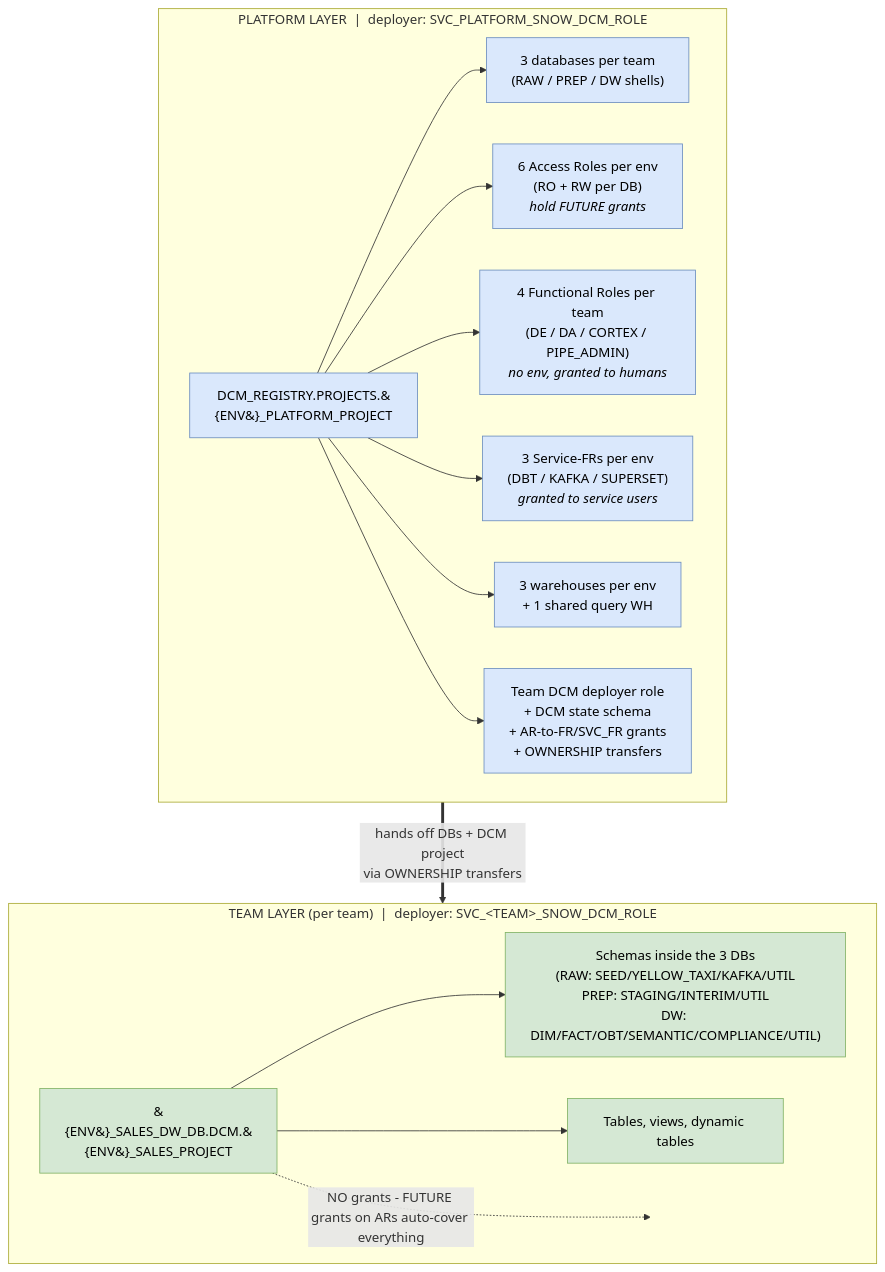
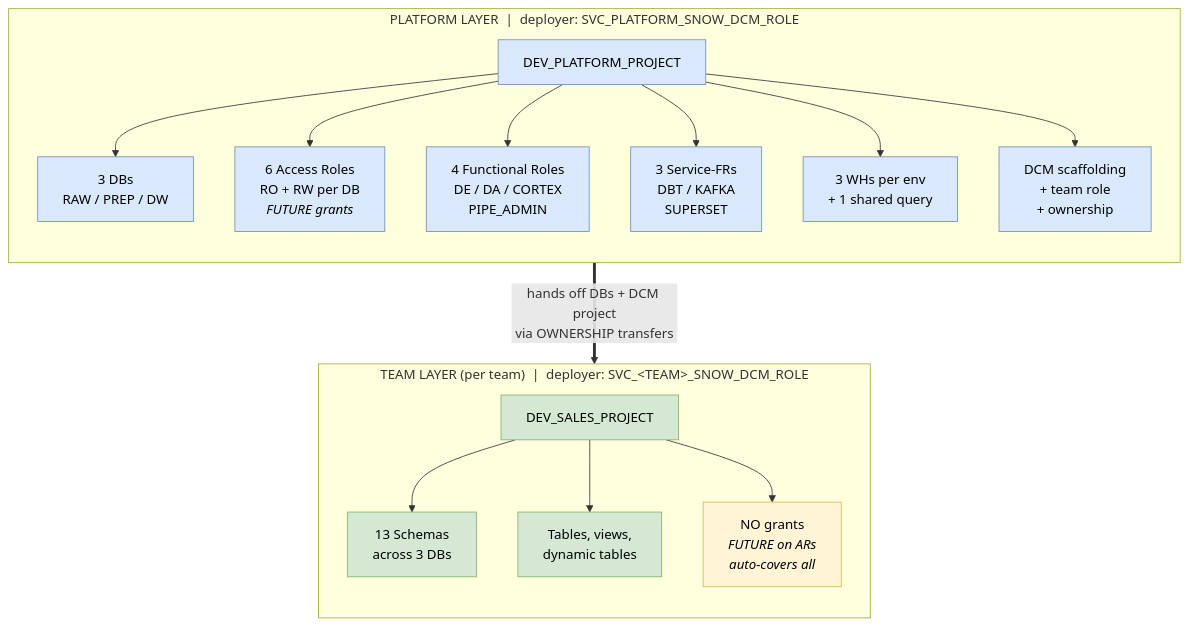
One commit to entechlog/snowflake-examples changed the first of 2 diagrams in snow-infra/dcm/README.md. Above: the diagram before and after it, drawn with Mermaid.

Commit message:
changes to make inner subgraph children render horizontally
Two changes that should produce: outer PLATFORM-above-TEAM (vertical),
inner six children of PP arranged in a horizontal row below PP.

1. Inner subgraph direction TB (was LR). In mermaid, LR puts siblings
   of one parent perpendicular to flow = stacked vertically. TB puts
   them perpendicular = spread horizontally. This was the actual cause
   of the inner-vertical layout.
2. Shorten the box labels (2-3 short lines each instead of 4-5).
   Mermaid falls back to vertical packing when label width forces row
   overflow; shorter labels let the horizontal row hold.

NOGRANT now a real labeled node instead of an invisible hidden one,
so it shows up as part of the team row.

````diff
--- a/snow-infra/dcm/README.md
+++ b/snow-infra/dcm/README.md
@@ -28,30 +28,30 @@
 ```mermaid
 flowchart TB
     subgraph PLATFORM["PLATFORM LAYER &nbsp;|&nbsp; deployer: SVC_PLATFORM_SNOW_DCM_ROLE"]
-        direction LR
-        PP["DCM_REGISTRY.PROJECTS.&#123;ENV&#125;_PLATFORM_PROJECT"]
-        PP --> DBS["3 databases per team<br/>(RAW / PREP / DW shells)"]
-        PP --> AR["6 Access Roles per env<br/>(RO + RW per DB)<br/><i>hold FUTURE grants</i>"]
-        PP --> FR["4 Functional Roles per team<br/>(DE / DA / CORTEX / PIPE_ADMIN)<br/><i>no env, granted to humans</i>"]
-        PP --> SVCFR["3 Service-FRs per env<br/>(DBT / KAFKA / SUPERSET)<br/><i>granted to service users</i>"]
-        PP --> WHS["3 warehouses per env<br/>+ 1 shared query WH"]
-        PP --> SCAFF["Team DCM deployer role<br/>+ DCM state schema<br/>+ AR-to-FR/SVC_FR grants<br/>+ OWNERSHIP transfers"]
+        direction TB
+        PP["DEV_PLATFORM_PROJECT"]
+        PP --> DBS["3 DBs<br/>RAW / PREP / DW"]
+        PP --> AR["6 Access Roles<br/>RO + RW per DB<br/><i>FUTURE grants</i>"]
+        PP --> FR["4 Functional Roles<br/>DE / DA / CORTEX<br/>PIPE_ADMIN"]
+        PP --> SVCFR["3 Service-FRs<br/>DBT / KAFKA<br/>SUPERSET"]
+        PP --> WHS["3 WHs per env<br/>+ 1 shared query"]
+        PP --> SCAFF["DCM scaffolding<br/>+ team role<br/>+ ownership"]
     end
 
     subgraph TEAM["TEAM LAYER (per team) &nbsp;|&nbsp; deployer: SVC_&lt;TEAM&gt;_SNOW_DCM_ROLE"]
-        direction LR
-        TP["&#123;ENV&#125;_SALES_DW_DB.DCM.&#123;ENV&#125;_SALES_PROJECT"]
-        TP --> SCHEMAS["Schemas inside the 3 DBs<br/>(RAW: SEED/YELLOW_TAXI/KAFKA/UTIL<br/>PREP: STAGING/INTERIM/UTIL<br/>DW: DIM/FACT/OBT/SEMANTIC/COMPLIANCE/UTIL)"]
-        TP --> TVS["Tables, views, dynamic tables"]
-        TP -.->|"NO grants - FUTURE grants on ARs auto-cover everything"| NOGRANT[" "]
+        direction TB
+        TP["DEV_SALES_PROJECT"]
+        TP --> SCHEMAS["13 Schemas<br/>across 3 DBs"]
+        TP --> TVS["Tables, views,<br/>dynamic tables"]
+        TP --> NOGRANT["NO grants<br/><i>FUTURE on ARs<br/>auto-covers all</i>"]
     end
 
     PLATFORM ==>|"hands off DBs + DCM project<br/>via OWNERSHIP transfers"| TEAM
 
     classDef platform fill:#dae8fc,stroke:#6c8ebf,color:#000
     classDef team fill:#d5e8d4,stroke:#82b366,color:#000
-    classDef hidden fill:none,stroke:none
+    classDef note fill:#fff4d6,stroke:#d6b656,color:#000
     class PP,DBS,AR,FR,SVCFR,WHS,SCAFF platform
     class TP,SCHEMAS,TVS team
-    class NOGRANT hidden
+    class NOGRANT note
 ```
````
